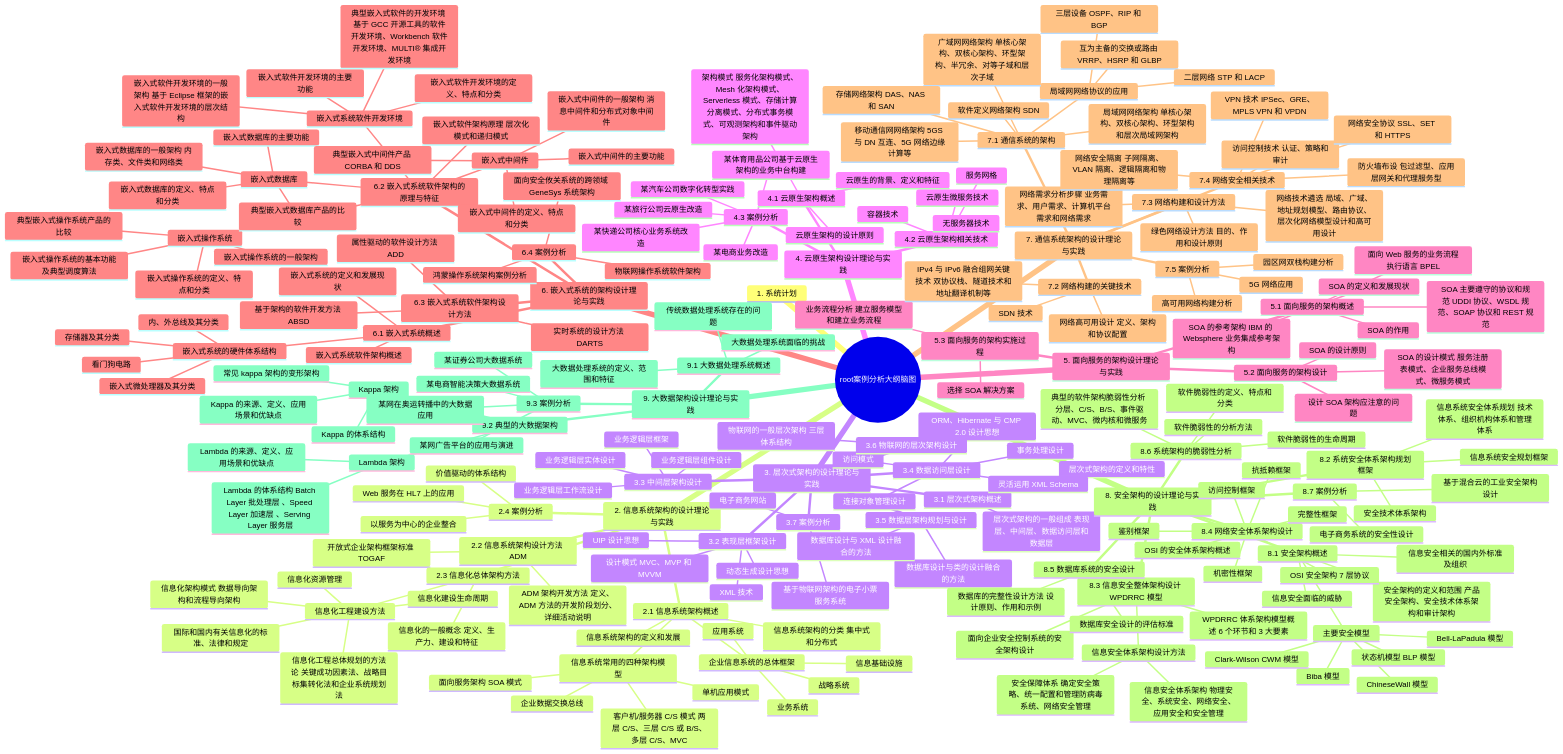
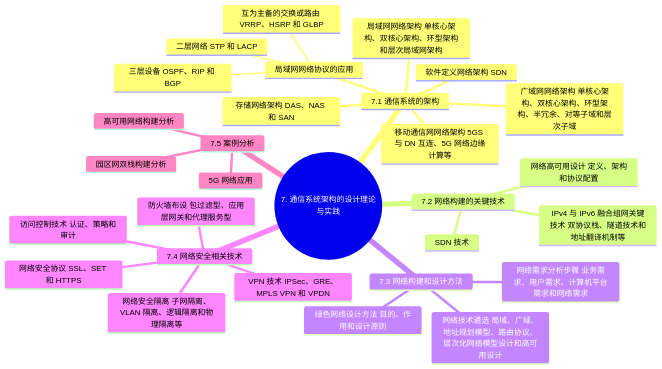
Before and after one commit to mingf423/ruankao: the seventh of 9 diagrams in docs/system-architecture-designer/01_官方大纲与考试政策/02_案例分析大纲脑图.md, drawn with Mermaid. The commit also changed other lines of this file, not shown here.

Commit message:
Split oversized mindmap into chapter-level diagrams

````diff
--- a/docs/system-architecture-designer/01_官方大纲与考试政策/02_案例分析大纲脑图.md
+++ b/docs/system-architecture-designer/01_官方大纲与考试政策/02_案例分析大纲脑图.md
@@ -15,218 +199,32 @@
 ```mermaid
 mindmap
-  root((root案例分析大纲脑图))
-    1. 系统计划
-    2. 信息系统架构的设计理论与实践
-      2.1 信息系统架构概述
-        信息系统架构的定义和发展
-        信息系统架构的分类 集中式和分布式
-        信息系统常用的四种架构模型
-          单机应用模式
-          客户机/服务器 C/S 模式 两层 C/S、三层 C/S 或 B/S、多层 C/S、MVC
-          面向服务架构 SOA 模式
-          企业数据交换总线
-        企业信息系统的总体框架
-          战略系统
-          业务系统
-          应用系统
-          信息基础设施
-      2.2 信息系统架构设计方法 ADM
-        开放式企业架构框架标准 TOGAF
-        ADM 架构开发方法 定义、ADM 方法的开发阶段划分、详细活动说明
-      2.3 信息化总体架构方法
-        信息化的一般概念 定义、生产力、建设和特征
-        信息化工程建设方法
-          信息化架构模式 数据导向架构和流程导向架构
-          信息化建设生命周期
-          信息化工程总体规划的方法论 关键成功因素法、战略目标集转化法和企业系统规划法
-          信息化资源管理
-          国际和国内有关信息化的标准、法律和规定
-      2.4 案例分析
-        价值驱动的体系结构
-        Web 服务在 HL7 上的应用
-        以服务为中心的企业整合
-    3. 层次式架构的设计理论与实践
-      3.1 层次式架构概述
-        层次式架构的定义和特性
-        层次式架构的一般组成 表现层、中间层、数据访问层和数据层
-      3.2 表现层框架设计
-        设计模式 MVC、MVP 和 MVVM
-        XML 技术
-        UIP 设计思想
-        动态生成设计思想
-      3.3 中间层架构设计
-        业务逻辑层组件设计
-        业务逻辑层工作流设计
-        业务逻辑层实体设计
-        业务逻辑层框架
-      3.4 数据访问层设计
-        访问模式
-        ORM、Hibernate 与 CMP 2.0 设计思想
-        灵活运用 XML Schema
-        事务处理设计
-        连接对象管理设计
-      3.5 数据层架构规划与设计
-        数据库设计与类的设计融合的方法
-        数据库设计与 XML 设计融合的方法
-      3.6 物联网的层次架构设计
-        物联网的一般层次架构 三层体系结构
-      3.7 案例分析
-        电子商务网站
-        基于物联网架构的电子小票服务系统
-    4. 云原生架构设计理论与实践
-      4.1 云原生架构概述
-        云原生的背景、定义和特征
-        云原生架构的设计原则
-        架构模式 服务化架构模式、Mesh 化架构模式、Serverless 模式、存储计算分离模式、分布式事务模式、可观测架构和事件驱动架构
-      4.2 云原生架构相关技术
-        容器技术
-        云原生微服务技术
-        无服务器技术
-        服务网格
-      4.3 案例分析
-        某旅行公司云原生改造
-        某汽车公司数字化转型实践
-        某快递公司核心业务系统改造
-        某电商业务改造
-        某体育用品公司基于云原生架构的业务中台构建
-    5. 面向服务的架构设计理论与实践
-      5.1 面向服务的架构概述
-        SOA 的定义和发展现状
-        面向 Web 服务的业务流程执行语言 BPEL
-        SOA 的参考架构 IBM 的 Websphere 业务集成参考架构
-        SOA 主要遵守的协议和规范 UDDI 协议、WSDL 规范、SOAP 协议和 REST 规范
-        SOA 的作用
-      5.2 面向服务的架构设计
-        SOA 的设计原则
-        SOA 的设计模式 服务注册表模式、企业服务总线模式、微服务模式
-        设计 SOA 架构应注意的问题
-      5.3 面向服务的架构实施过程
-        选择 SOA 解决方案
-        业务流程分析 建立服务模型和建立业务流程
-    6. 嵌入式系统的架构设计理论与实践
-      6.1 嵌入式系统概述
-        嵌入式系统的定义和发展现状
-        嵌入式系统的硬件体系结构
-          嵌入式微处理器及其分类
-          存储器及其分类
-          内、外总线及其分类
-          看门狗电路
-        嵌入式系统软件架构概述
-      6.2 嵌入式系统软件架构的原理与特征
-        嵌入式软件架构原理 层次化模式和递归模式
-        嵌入式操作系统
-          嵌入式操作系统的定义、特点和分类
-          嵌入式操作系统的一般架构
-          嵌入式操作系统的基本功能及典型调度算法
-          典型嵌入式操作系统产品的比较
-        嵌入式数据库
-          嵌入式数据库的定义、特点和分类
-          嵌入式数据库的一般架构 内存类、文件类和网络类
-          嵌入式数据库的主要功能
-          典型嵌入式数据库产品的比较
-        嵌入式中间件
-          嵌入式中间件的定义、特点和分类
-          嵌入式中间件的一般架构 消息中间件和分布式对象中间件
-          嵌入式中间件的主要功能
-          典型嵌入式中间件产品 CORBA 和 DDS
-        嵌入式系统软件开发环境
-          嵌入式软件开发环境的定义、特点和分类
-          嵌入式软件开发环境的一般架构 基于 Eclipse 框架的嵌入式软件开发环境的层次结构
-          嵌入式软件开发环境的主要功能
-          典型嵌入式软件的开发环境 基于 GCC 开源工具的软件开发环境、Workbench 软件开发环境、MULTI® 集成开发环境
-      6.3 嵌入式系统软件架构设计方法
-        基于架构的软件开发方法 ABSD
-        属性驱动的软件设计方法 ADD
-        实时系统的设计方法 DARTS
-      6.4 案例分析
-        鸿蒙操作系统架构案例分析
-        面向安全攸关系统的跨领域 GeneSys 系统架构
-        物联网操作系统软件架构
-    7. 通信系统架构的设计理论与实践
-      7.1 通信系统的架构
-        局域网网络架构 单核心架构、双核心架构、环型架构和层次局域网架构
-        局域网网络协议的应用
-          互为主备的交换或路由 VRRP、HSRP 和 GLBP
-          二层网络 STP 和 LACP
-          三层设备 OSPF、RIP 和 BGP
-        广域网网络架构 单核心架构、双核心架构、环型架构、半冗余、对等子域和层次子域
-        移动通信网网络架构 5GS 与 DN 互连、5G 网络边缘计算等
-        存储网络架构 DAS、NAS 和 SAN
-        软件定义网络架构 SDN
-      7.2 网络构建的关键技术
-        网络高可用设计 定义、架构和协议配置
-        IPv4 与 IPv6 融合组网关键技术 双协议栈、隧道技术和地址翻译机制等
-        SDN 技术
-      7.3 网络构建和设计方法
-        网络需求分析步骤 业务需求、用户需求、计算机平台需求和网络需求
-        网络技术遴选 局域、广域、地址规划模型、路由协议、层次化网络模型设计和高可用设计
-        绿色网络设计方法 目的、作用和设计原则
-      7.4 网络安全相关技术
-        防火墙布设 包过滤型、应用层网关和代理服务型
-        VPN 技术 IPSec、GRE、MPLS VPN 和 VPDN
-        访问控制技术 认证、策略和审计
-        网络安全隔离 子网隔离、VLAN 隔离、逻辑隔离和物理隔离等
-        网络安全协议 SSL、SET 和 HTTPS
-      7.5 案例分析
-        高可用网络构建分析
-        园区网双栈构建分析
-        5G 网络应用
-    8. 安全架构的设计理论与实践
-      8.1 安全架构概述
-        信息安全面临的威胁
-        安全架构的定义和范围 产品安全架构、安全技术体系架构和审计架构
-        信息安全相关的国内外标准及组织
-        主要安全模型
-          状态机模型 BLP 模型
-          Bell-LaPadula 模型
-          Biba 模型
-          Clark-Wilson CWM 模型
-          ChineseWall 模型
-      8.2 系统安全体系架构规划框架
-        安全技术体系架构
-        信息系统安全体系规划 技术体系、组织机构体系和管理体系
-        信息系统安全规划框架
-      8.3 信息安全整体架构设计 WPDRRC 模型
-        WPDRRC 体系架构模型概述 6 个环节和 3 大要素
-        信息安全体系架构设计方法
-          安全保障体系 确定安全策略、统一配置和管理防病毒系统、网络安全管理
-          信息安全体系架构 物理安全、系统安全、网络安全、应用安全和安全管理
-        面向企业安全控制系统的安全架构设计
-      8.4 网络安全体系架构设计
-        OSI 的安全体系架构概述
-        OSI 安全架构 7 层协议
-        鉴别框架
-        访问控制框架
-        机密性框架
-        完整性框架
-        抗抵赖框架
-      8.5 数据库系统的安全设计
-        数据库安全设计的评估标准
-        数据库的完整性设计方法 设计原则、作用和示例
-      8.6 系统架构的脆弱性分析
-        软件脆弱性的定义、特点和分类
-        软件脆弱性的生命周期
-        软件脆弱性的分析方法
-        典型的软件架构脆弱性分析 分层、C/S、B/S、事件驱动、MVC、微内核和微服务
-      8.7 案例分析
-        电子商务系统的安全性设计
-        基于混合云的工业安全架构设计
-    9. 大数据架构设计理论与实践
-      9.1 大数据处理系统概述
-        传统数据处理系统存在的问题
-        大数据处理系统面临的挑战
-        大数据处理系统的定义、范围和特征
-      9.2 典型的大数据架构
-        Lambda 架构
-          Lambda 的来源、定义、应用场景和优缺点
-          Lambda 的体系结构 Batch Layer 批处理层 、Speed Layer 加速层 、Serving Layer 服务层
-        Kappa 架构
-          Kappa 的来源、定义、应用场景和优缺点
-          Kappa 的体系结构
-          常见 kappa 架构的变形架构
-      9.3 案例分析
-        某网在奥运转播中的大数据应用
-        某网广告平台的应用与演进
-        某证券公司大数据系统
-        某电商智能决策大数据系统
+  root((7. 通信系统架构的设计理论与实践))
+    7.1 通信系统的架构
+      局域网网络架构 单核心架构、双核心架构、环型架构和层次局域网架构
+      局域网网络协议的应用
+        互为主备的交换或路由 VRRP、HSRP 和 GLBP
+        二层网络 STP 和 LACP
+        三层设备 OSPF、RIP 和 BGP
+      广域网网络架构 单核心架构、双核心架构、环型架构、半冗余、对等子域和层次子域
+      移动通信网网络架构 5GS 与 DN 互连、5G 网络边缘计算等
+      存储网络架构 DAS、NAS 和 SAN
+      软件定义网络架构 SDN
+    7.2 网络构建的关键技术
+      网络高可用设计 定义、架构和协议配置
+      IPv4 与 IPv6 融合组网关键技术 双协议栈、隧道技术和地址翻译机制等
+      SDN 技术
+    7.3 网络构建和设计方法
+      网络需求分析步骤 业务需求、用户需求、计算机平台需求和网络需求
+      网络技术遴选 局域、广域、地址规划模型、路由协议、层次化网络模型设计和高可用设计
+      绿色网络设计方法 目的、作用和设计原则
+    7.4 网络安全相关技术
+      防火墙布设 包过滤型、应用层网关和代理服务型
+      VPN 技术 IPSec、GRE、MPLS VPN 和 VPDN
+      访问控制技术 认证、策略和审计
+      网络安全隔离 子网隔离、VLAN 隔离、逻辑隔离和物理隔离等
+      网络安全协议 SSL、SET 和 HTTPS
+    7.5 案例分析
+      高可用网络构建分析
+      园区网双栈构建分析
+      5G 网络应用
 ```
````
